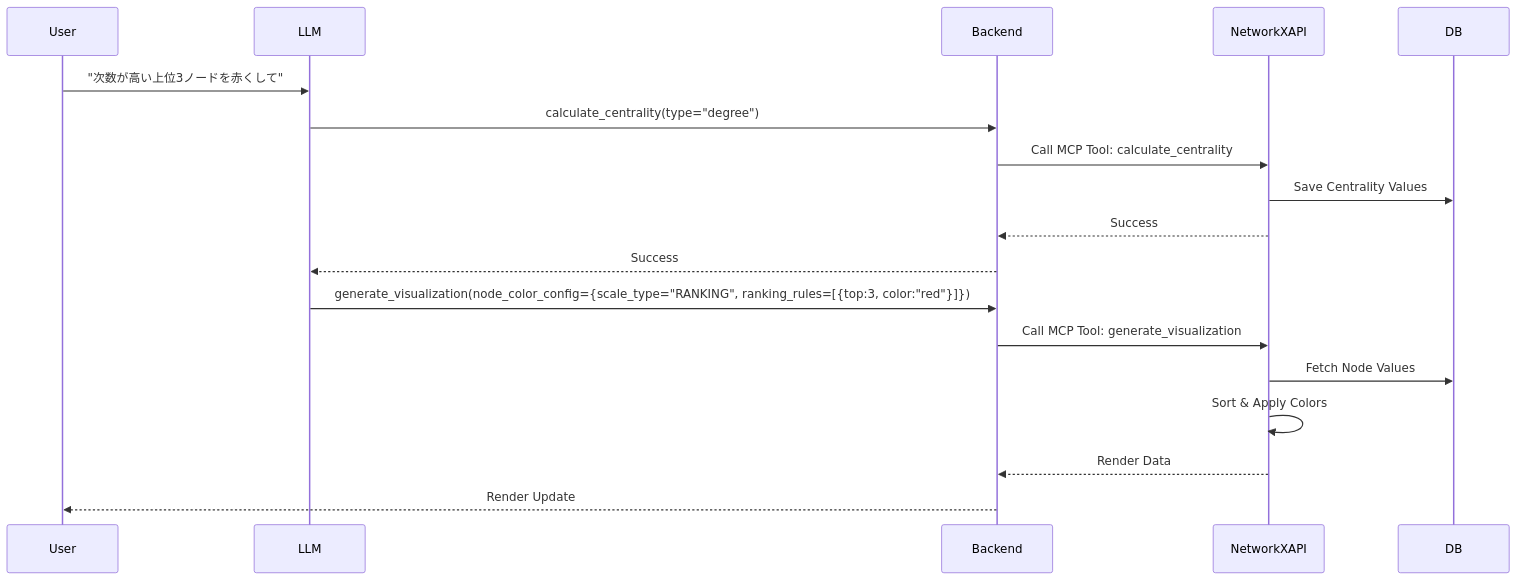
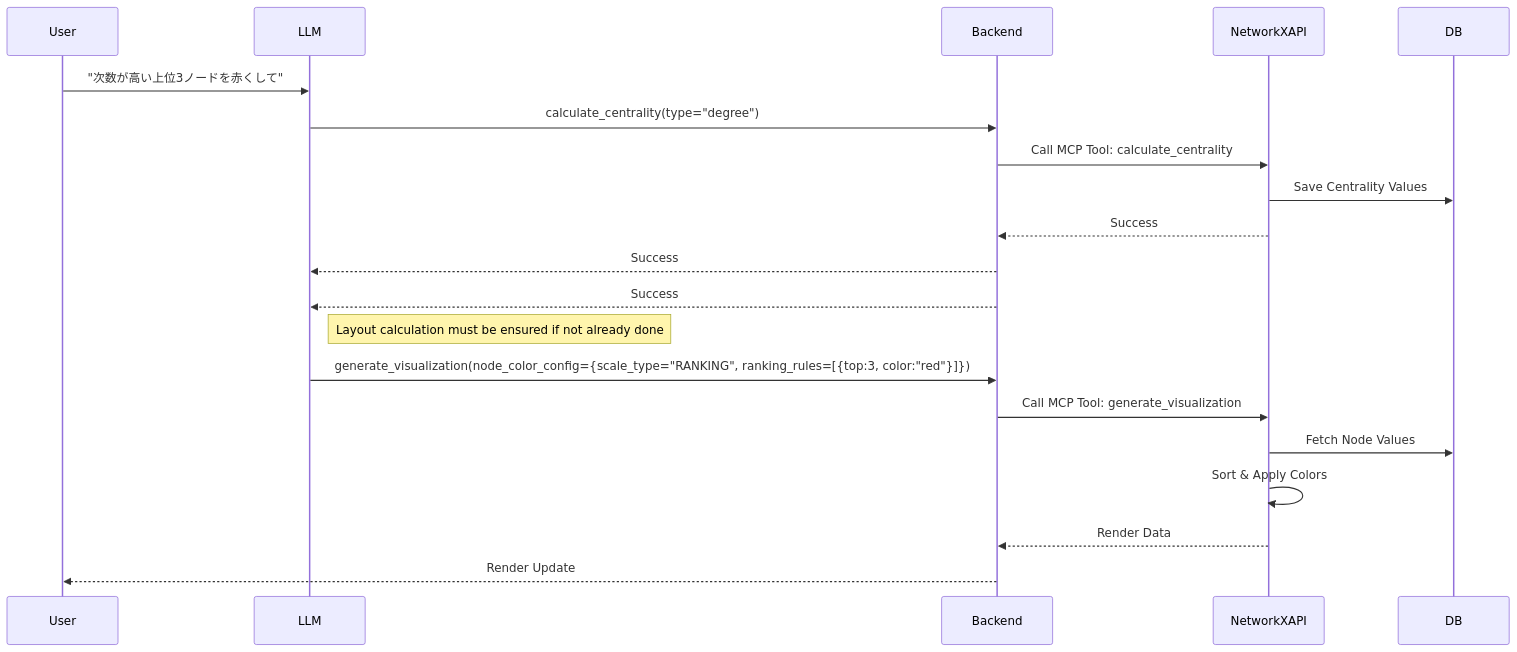
The sixth of 12 diagrams in specification/2_Technical_Details/6_Core_Workflows.md (vdslab/LLMGraphvis), drawn with Mermaid before and after one commit. The commit also changed other lines of this file, not shown here.

````diff
--- a/specification/2_Technical_Details/6_Core_Workflows.md
+++ b/specification/2_Technical_Details/6_Core_Workflows.md
@@ -280,22 +290,25 @@
 ```mermaid
 sequenceDiagram
     participant User
     participant LLM
     participant Backend
     participant NetworkXAPI
     participant DB
 
     User->>LLM: "次数が高い上位3ノードを赤くして"
     LLM->>Backend: calculate_centrality(type="degree")
     Backend->>NetworkXAPI: Call MCP Tool: calculate_centrality
     NetworkXAPI->>DB: Save Centrality Values
     NetworkXAPI-->>Backend: Success
     Backend-->>LLM: Success
 
+    Backend-->>LLM: Success
+
+    note right of LLM: Layout calculation must be ensured if not already done
     LLM->>Backend: generate_visualization(node_color_config={scale_type="RANKING", ranking_rules=[{top:3, color:"red"}]})
     Backend->>NetworkXAPI: Call MCP Tool: generate_visualization
     NetworkXAPI->>DB: Fetch Node Values
     NetworkXAPI->>NetworkXAPI: Sort & Apply Colors
     NetworkXAPI-->>Backend: Render Data
     Backend-->>User: Render Update
 ```
````
